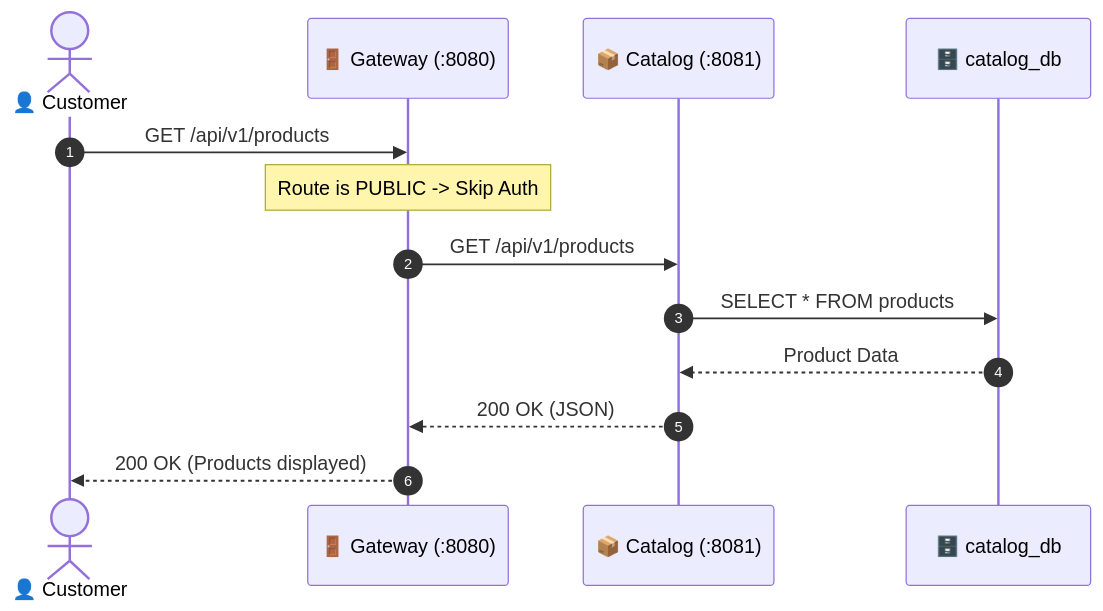
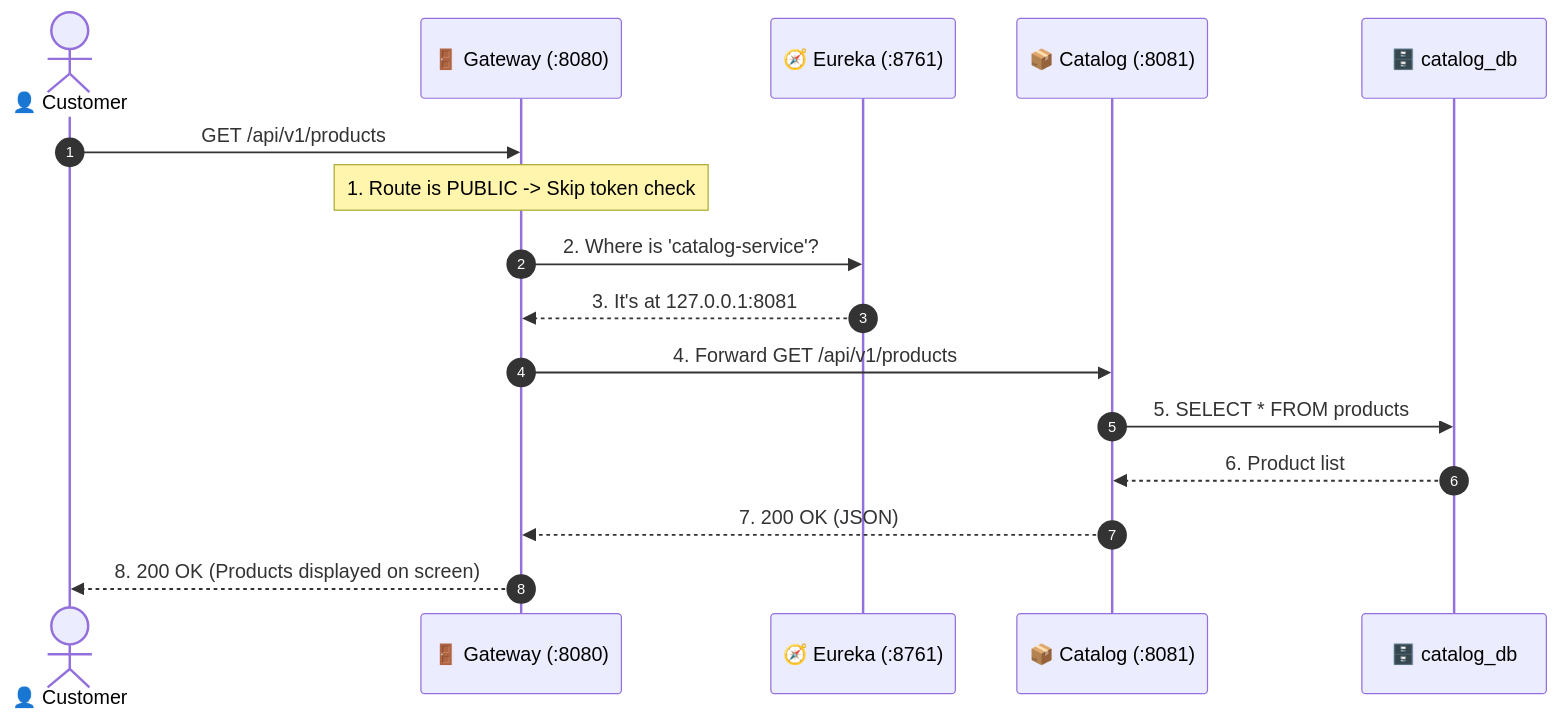
The fifth of 8 diagrams in FLOW.md (aaron18072002/eSupermarket), drawn with Mermaid before and after one commit. The commit also changed other lines of this file and 35 other files, not shown here.

````diff
--- a/FLOW.md
+++ b/FLOW.md
@@ -76,16 +122,19 @@
 ```mermaid
 sequenceDiagram
     autonumber
-    actor User as 👤 Customer
+    actor Customer as 👤 Customer
     participant GW as 🚪 Gateway (:8080)
+    participant EUK as 🧭 Eureka (:8761)
     participant CS as 📦 Catalog (:8081)
     participant DB as 🗄️ catalog_db
 
-    User->>GW: GET /api/v1/products
-    Note over GW: Route is PUBLIC -> Skip Auth
-    GW->>CS: GET /api/v1/products
-    CS->>DB: SELECT * FROM products
-    DB-->>CS: Product Data
-    CS-->>GW: 200 OK (JSON)
-    GW-->>User: 200 OK (Products displayed)
+    Customer->>GW: GET /api/v1/products
+    Note over GW: 1. Route is PUBLIC -> Skip token check
+    GW->>EUK: 2. Where is 'catalog-service'?
+    EUK-->>GW: 3. It's at 127.0.0.1:8081
+    GW->>CS: 4. Forward GET /api/v1/products
+    CS->>DB: 5. SELECT * FROM products
+    DB-->>CS: 6. Product list
+    CS-->>GW: 7. 200 OK (JSON)
+    GW-->>Customer: 8. 200 OK (Products displayed on screen)
 ```
````
